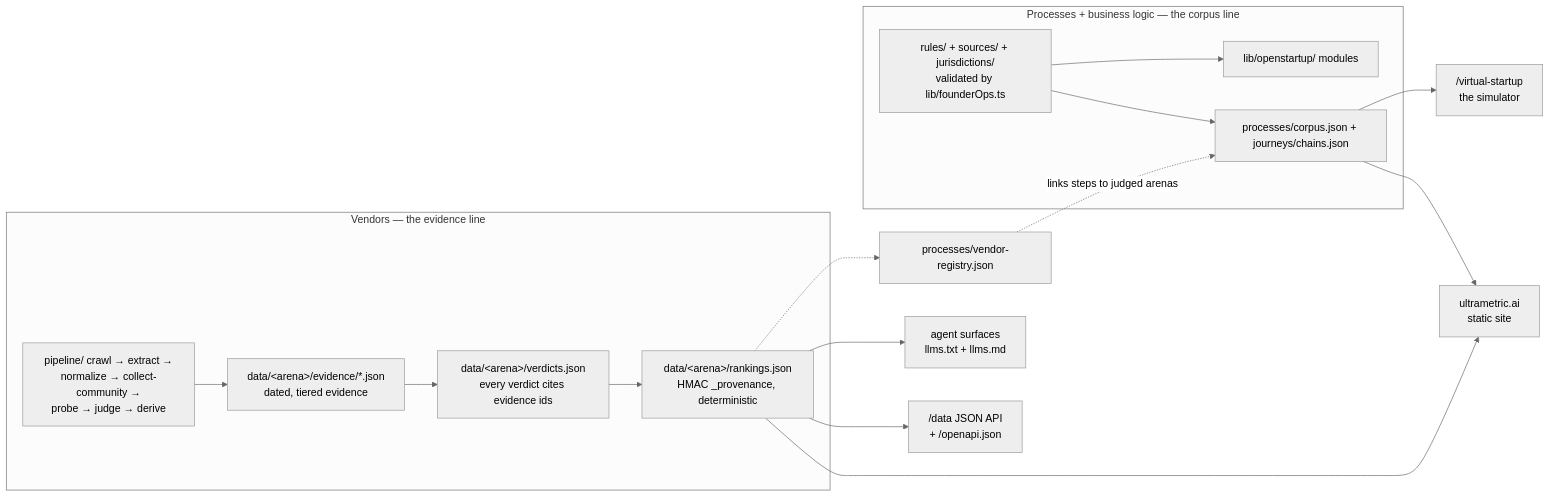
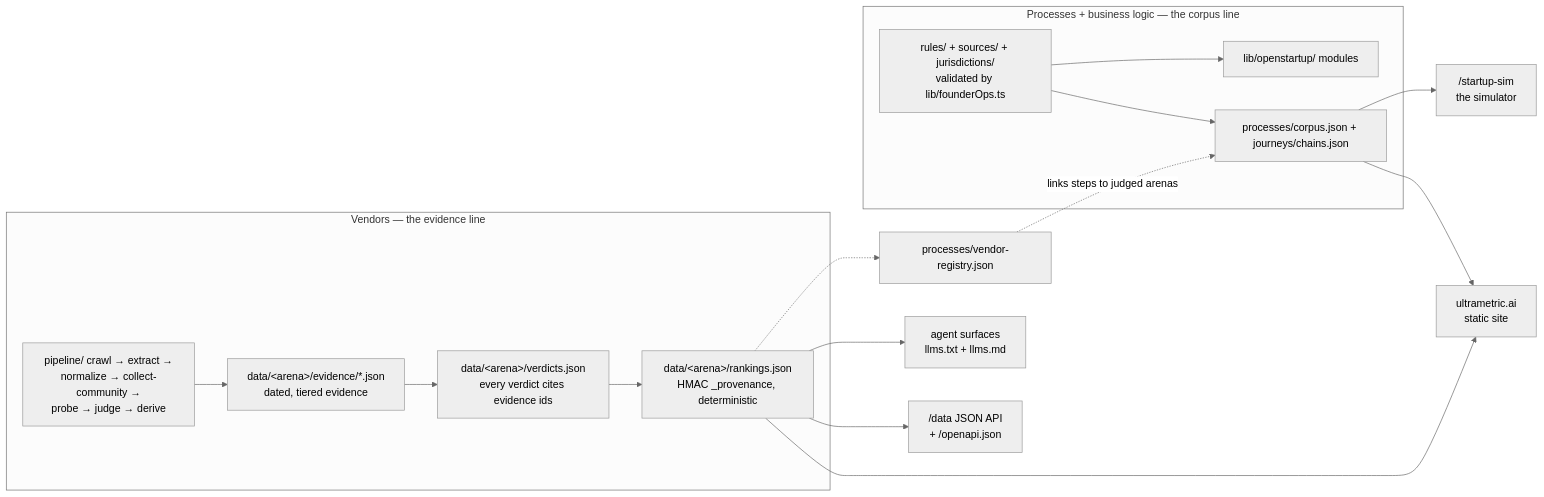
Before and after one commit to ultrametricai/productarena: the diagram in README.md, drawn with Mermaid (neutral theme). The commit also changed other lines of this file and 20 other files, not shown here.

````diff
--- a/README.md
+++ b/README.md
@@ -172,24 +172,24 @@
 ```mermaid
 flowchart LR
   subgraph vendors ["Vendors — the evidence line"]
     crawl["pipeline/ crawl → extract →<br/>normalize → collect-community →<br/>probe → judge → derive"]
     evidence["data/&lt;arena&gt;/evidence/*.json<br/>dated, tiered evidence"]
     verdicts["data/&lt;arena&gt;/verdicts.json<br/>every verdict cites evidence ids"]
     rankings["data/&lt;arena&gt;/rankings.json<br/>HMAC _provenance, deterministic"]
     crawl --> evidence --> verdicts --> rankings
   end
   subgraph corpus ["Processes + business logic — the corpus line"]
     procs["processes/corpus.json + journeys/chains.json"]
     rules["rules/ + sources/ + jurisdictions/<br/>validated by lib/founderOps.ts"]
     modules["lib/openstartup/ modules"]
     rules --> procs
     rules --> modules
   end
   rankings --> site["ultrametric.ai<br/>static site"]
   rankings --> api["/data JSON API<br/>+ /openapi.json"]
   rankings --> agents["agent surfaces<br/>llms.txt + llms.md"]
   procs --> site
-  procs --> sim["/virtual-startup<br/>the simulator"]
+  procs --> sim["/startup-sim<br/>the simulator"]
   registry["processes/vendor-registry.json"] -. links steps to judged arenas .-> procs
   rankings -.-> registry
 ```
````
